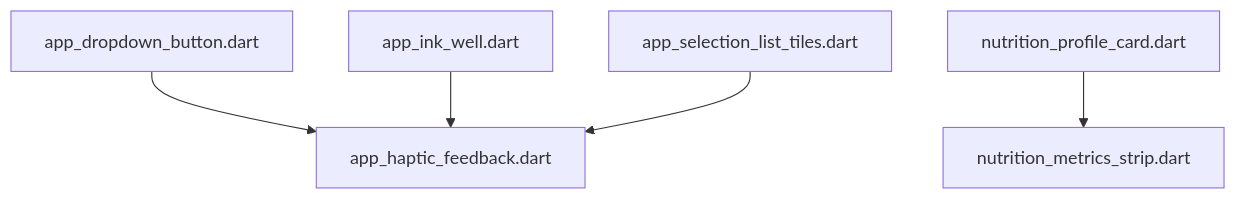
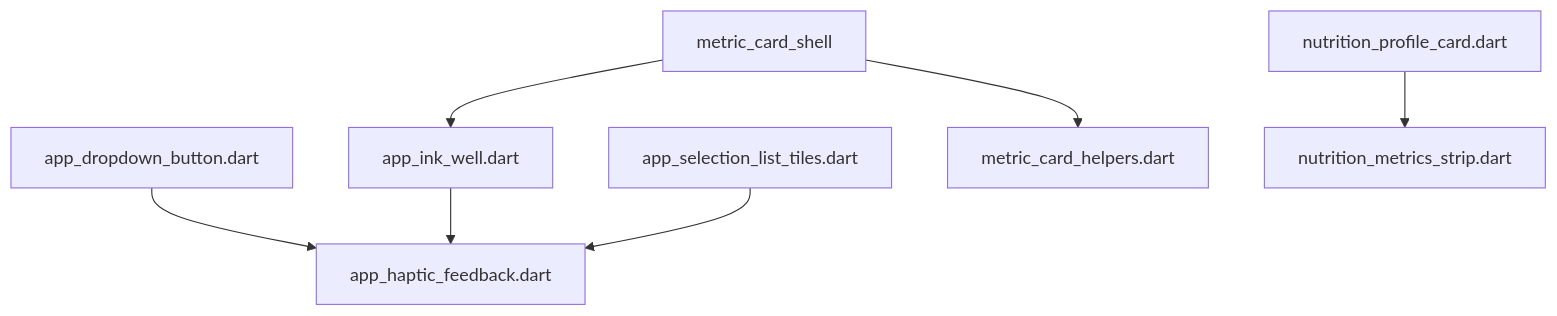
The diagram in lib/core/widgets/DEPS.md (repinw/yamt), drawn with Mermaid before and after one commit. The commit also changed 255 other files, not shown here.

````diff
--- a/lib/core/widgets/DEPS.md
+++ b/lib/core/widgets/DEPS.md
@@ -6,7 +6,9 @@
 ```mermaid
 flowchart TD;
 app_dropdown_button.dart-->app_haptic_feedback.dart;
 app_ink_well.dart-->app_haptic_feedback.dart;
 app_selection_list_tiles.dart-->app_haptic_feedback.dart;
+metric_card_shell-->app_ink_well.dart;
+metric_card_shell-->metric_card_helpers.dart;
 nutrition_profile_card.dart-->nutrition_metrics_strip.dart;
 ```
````
